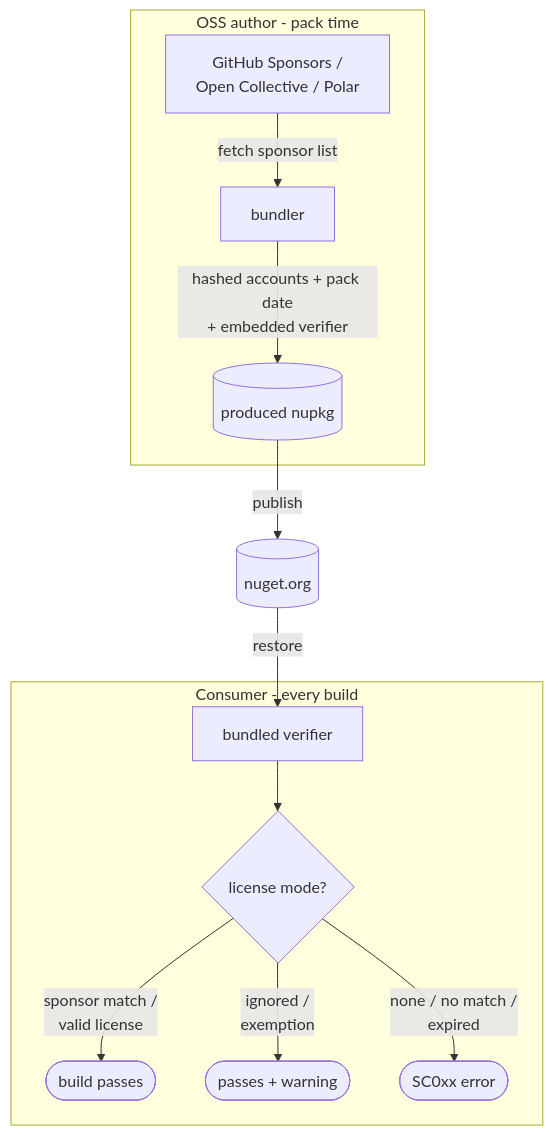
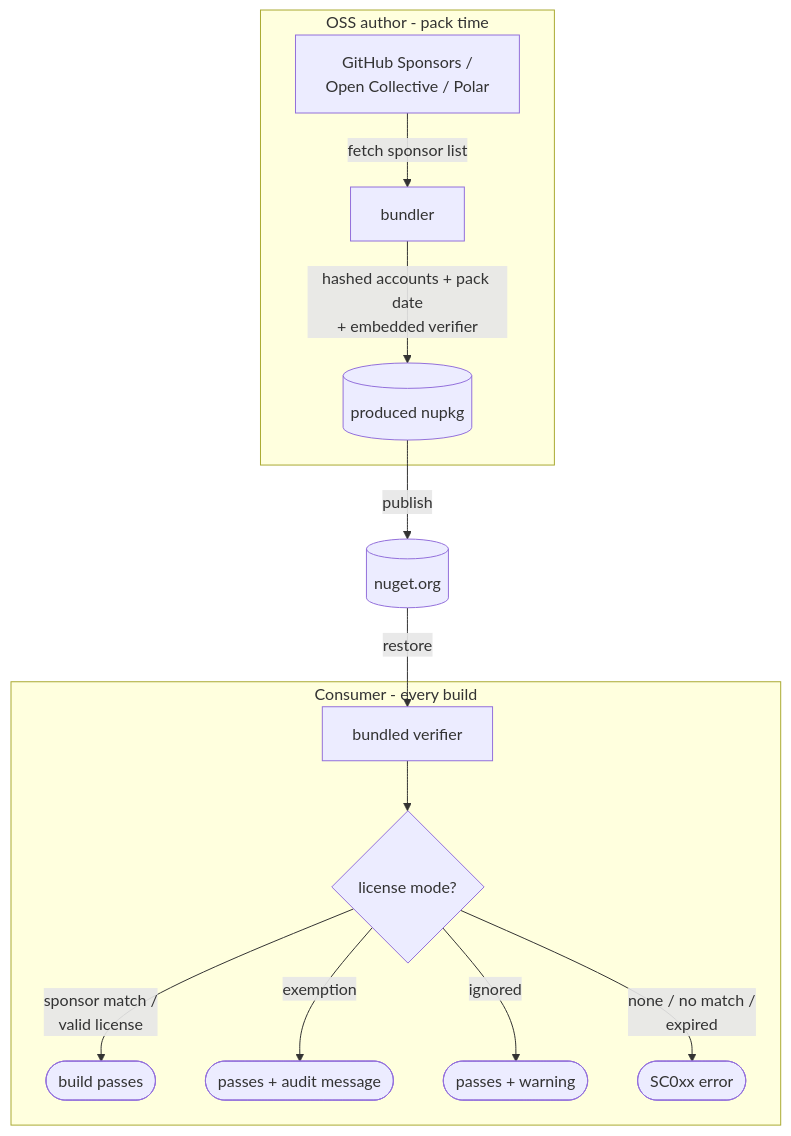
Before and after one commit to SimonCropp/SponsorCheck: the diagram in readme.md, drawn with Mermaid. The commit also changed 38 other files, not shown here.

````diff
--- a/readme.md
+++ b/readme.md
@@ -129,15 +129,16 @@
 ```mermaid
 flowchart TD
     subgraph Author["OSS author - pack time"]
         Platforms["GitHub Sponsors /<br/>Open Collective / Polar"] -->|fetch sponsor list| Bundler[bundler]
         Bundler -->|"hashed accounts + pack date<br/>+ embedded verifier"| Nupkg[("produced nupkg")]
     end
     subgraph Consumer["Consumer - every build"]
         Verifier["bundled verifier"] --> Mode{license mode?}
         Mode -->|"sponsor match /<br/>valid license"| Pass(["build passes"])
-        Mode -->|"ignored /<br/>exemption"| Warn(["passes + warning"])
+        Mode -->|exemption| Audit(["passes + audit message"])
+        Mode -->|ignored| Warn(["passes + warning"])
         Mode -->|"none / no match /<br/>expired"| Fail(["SC0xx error"])
     end
     Nupkg -->|publish| Feed[("nuget.org")]
     Feed -->|restore| Verifier
 ```
````
